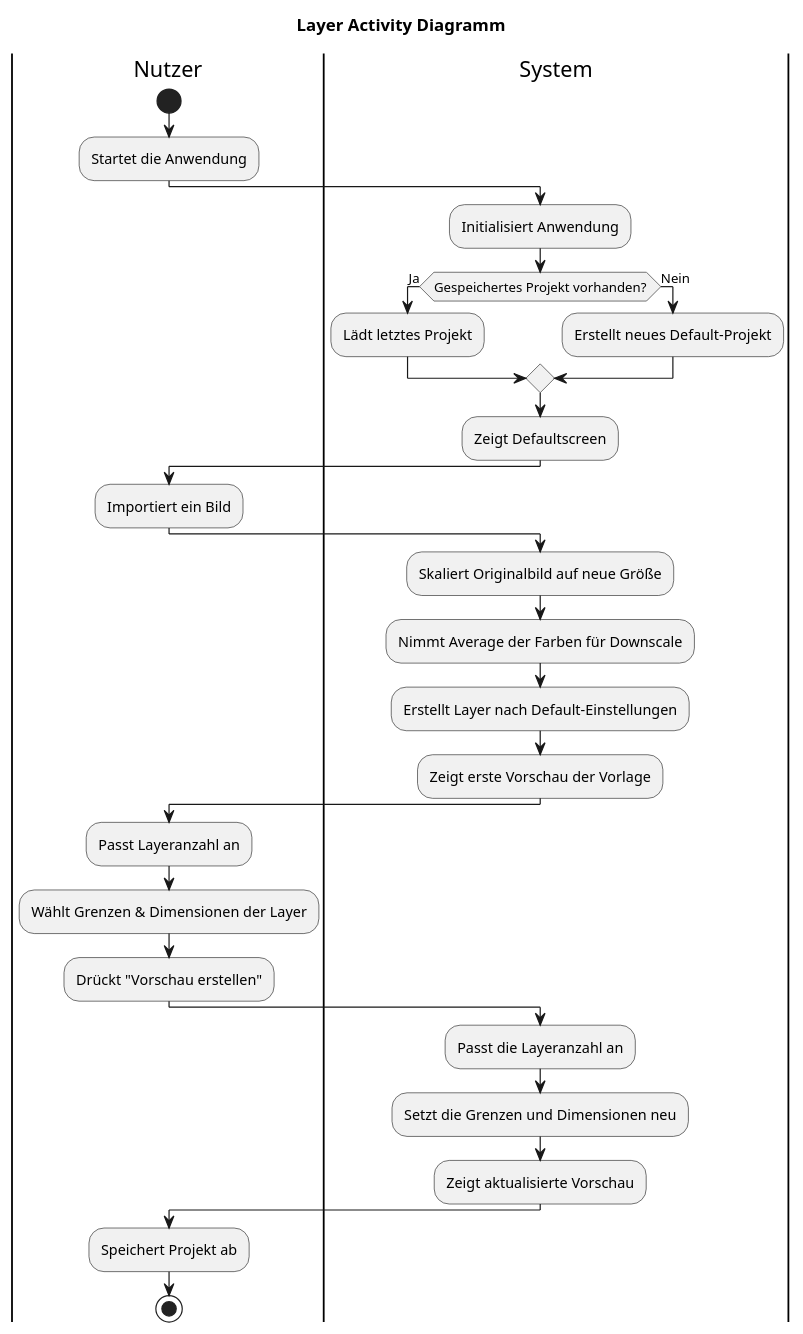
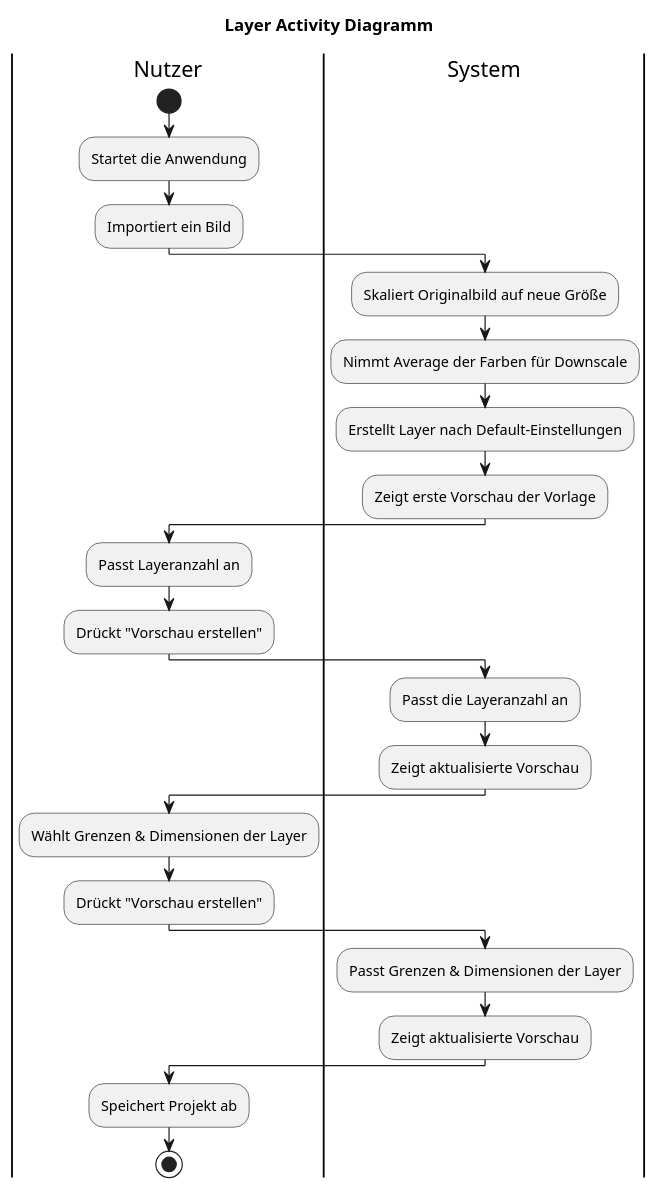
The diagram in ActivityDiaBildvorschau.puml (Karma-chocolate/SWE-Labor), drawn with PlantUML before and after one commit.

```diff
--- a/ActivityDiaBildvorschau.puml
+++ b/ActivityDiaBildvorschau.puml
@@ -1,39 +1,34 @@
 @startuml
 title Layer Activity Diagramm
 
 |Nutzer|
 start
 :Startet die Anwendung;
-
-|System|
-:Initialisiert Anwendung;
-if (Gespeichertes Projekt vorhanden?) then (Ja)
-  :Lädt letztes Projekt;
-else (Nein)
-  :Erstellt neues Default-Projekt;
-endif
-:Zeigt Defaultscreen;
-
-|Nutzer|
 :Importiert ein Bild;
 
 |System|
 :Skaliert Originalbild auf neue Größe;
 :Nimmt Average der Farben für Downscale;
 :Erstellt Layer nach Default-Einstellungen;
 :Zeigt erste Vorschau der Vorlage;
 
 |Nutzer|
 :Passt Layeranzahl an;
+:Drückt "Vorschau erstellen";
+
+|System|
+:Passt die Layeranzahl an;
+:Zeigt aktualisierte Vorschau;
+
+|Nutzer|
 :Wählt Grenzen & Dimensionen der Layer;
 :Drückt "Vorschau erstellen";
 
 |System|
-:Passt die Layeranzahl an;
-:Setzt die Grenzen und Dimensionen neu;
+:Passt Grenzen & Dimensionen der Layer;
 :Zeigt aktualisierte Vorschau;
 
 |Nutzer|
 :Speichert Projekt ab;
 stop
 @enduml 
```
